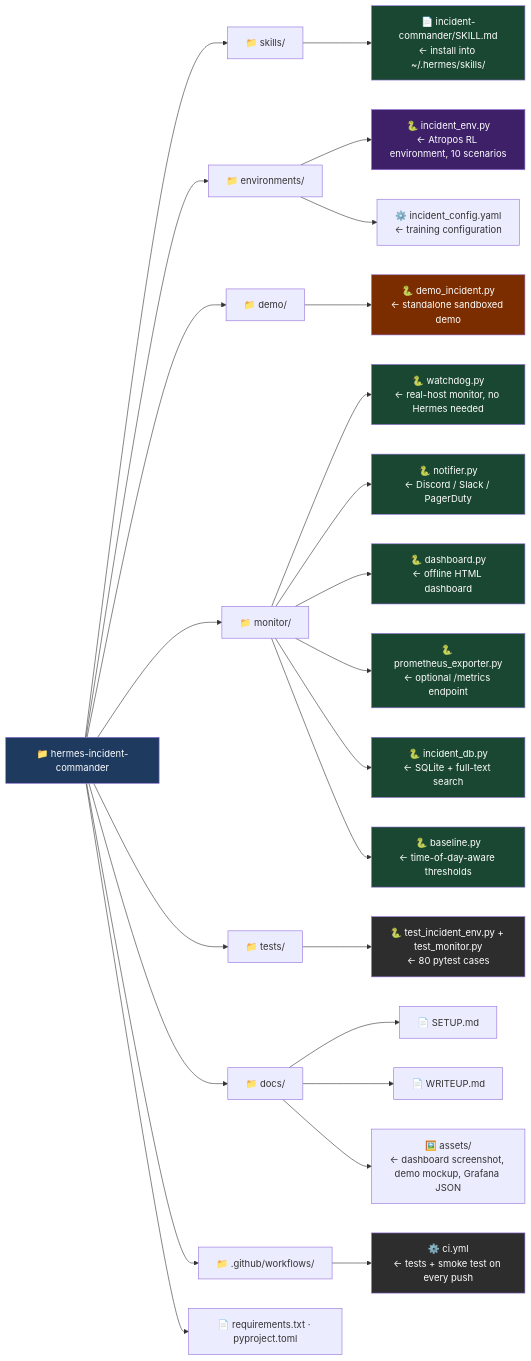
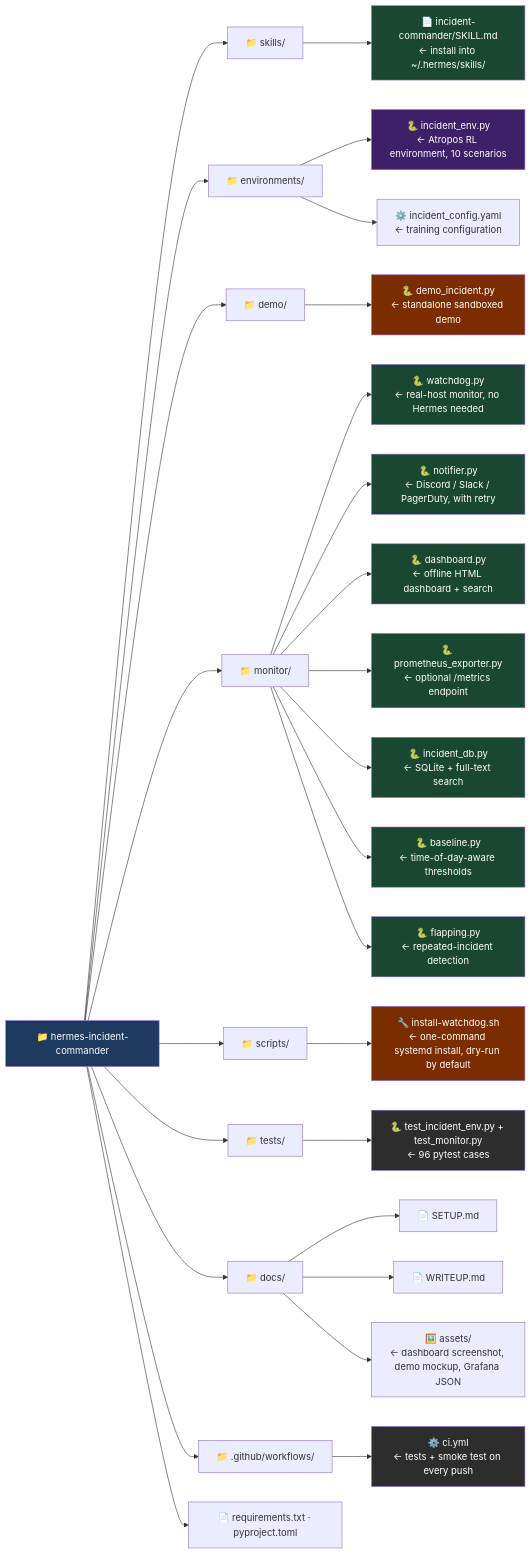
One commit to Lethe044/hermes-incident-commander changed the second of 3 diagrams in README.md. Above: the diagram before and after it, drawn with Mermaid. The commit also changed other lines of this file and 12 other files, not shown here.

Commit message:
v2.3.0: dashboard search, notifier retry/backoff, flapping detection, systemd installer

````diff
--- a/README.md
+++ b/README.md
@@ -266,48 +280,54 @@
 ```mermaid
 graph LR
     ROOT["📁 hermes-incident-commander"]
 
     ROOT --> SKILLS["📁 skills/"]
     ROOT --> ENVS["📁 environments/"]
     ROOT --> DEMO["📁 demo/"]
     ROOT --> MON["📁 monitor/"]
+    ROOT --> SCRIPTS["📁 scripts/"]
     ROOT --> TESTS["📁 tests/"]
     ROOT --> DOCS["📁 docs/"]
     ROOT --> CI["📁 .github/workflows/"]
     ROOT --> REQ["📄 requirements.txt · pyproject.toml"]
 
     SKILLS --> SKILL_MD["📄 incident-commander/SKILL.md<br/>← install into ~/.hermes/skills/"]
 
     ENVS --> ENV_PY["🐍 incident_env.py<br/>← Atropos RL environment, 10 scenarios"]
     ENVS --> ENV_CFG["⚙️ incident_config.yaml<br/>← training configuration"]
 
     DEMO --> DEMO_PY["🐍 demo_incident.py<br/>← standalone sandboxed demo"]
 
     MON --> WATCHDOG["🐍 watchdog.py<br/>← real-host monitor, no Hermes needed"]
-    MON --> NOTIFY["🐍 notifier.py<br/>← Discord / Slack / PagerDuty"]
-    MON --> DASH["🐍 dashboard.py<br/>← offline HTML dashboard"]
+    MON --> NOTIFY["🐍 notifier.py<br/>← Discord / Slack / PagerDuty, with retry"]
+    MON --> DASH["🐍 dashboard.py<br/>← offline HTML dashboard + search"]
     MON --> PROM["🐍 prometheus_exporter.py<br/>← optional /metrics endpoint"]
     MON --> IDB["🐍 incident_db.py<br/>← SQLite + full-text search"]
     MON --> BASE["🐍 baseline.py<br/>← time-of-day-aware thresholds"]
+    MON --> FLAP["🐍 flapping.py<br/>← repeated-incident detection"]
 
-    TESTS --> TEST_PY["🐍 test_incident_env.py + test_monitor.py<br/>← 80 pytest cases"]
+    SCRIPTS --> INSTALL["🔧 install-watchdog.sh<br/>← one-command systemd install, dry-run by default"]
+
+    TESTS --> TEST_PY["🐍 test_incident_env.py + test_monitor.py<br/>← 96 pytest cases"]
 
     DOCS --> SETUP["📄 SETUP.md"]
     DOCS --> WRITEUP["📄 WRITEUP.md"]
     DOCS --> ASSETS["🖼️ assets/<br/>← dashboard screenshot, demo mockup, Grafana JSON"]
 
     CI --> CIWORKFLOW["⚙️ ci.yml<br/>← tests + smoke test on every push"]
 
     style ROOT fill:#1e3a5f,color:#fff
     style SKILL_MD fill:#1a4731,color:#fff
     style ENV_PY fill:#3d2068,color:#fff
     style DEMO_PY fill:#7b2d00,color:#fff
     style TEST_PY fill:#2d2d2d,color:#fff
     style WATCHDOG fill:#1a4731,color:#fff
     style NOTIFY fill:#1a4731,color:#fff
     style DASH fill:#1a4731,color:#fff
     style PROM fill:#1a4731,color:#fff
     style IDB fill:#1a4731,color:#fff
     style BASE fill:#1a4731,color:#fff
+    style FLAP fill:#1a4731,color:#fff
+    style INSTALL fill:#7b2d00,color:#fff
     style CIWORKFLOW fill:#2d2d2d,color:#fff
 ```
````
